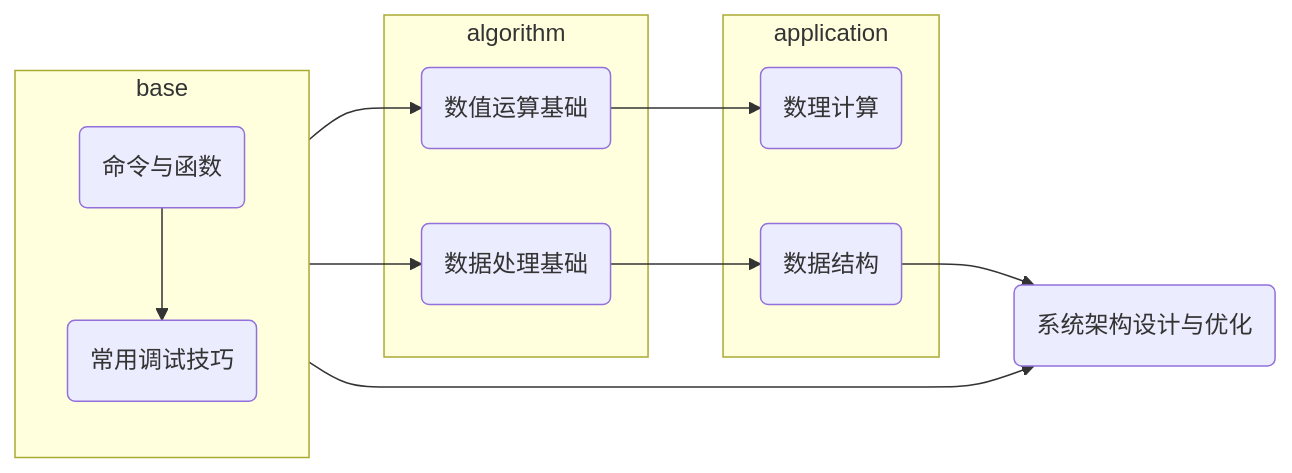
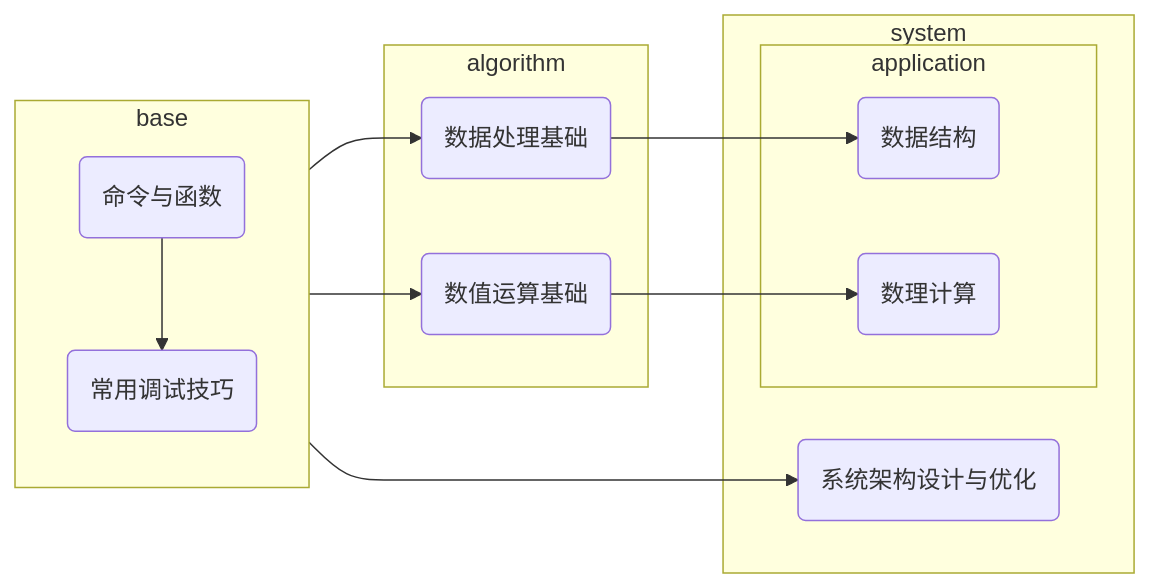
One commit to xiaodou8593/Xiaodou-sTheory changed the first of 5 diagrams in xiaodou123's theory.md. Above: the diagram before and after it, drawn with Mermaid.

Commit message:
modified:   xiaodou123's theory.md

````diff
--- a/xiaodou123's theory.md
+++ b/xiaodou123's theory.md
@@ -57,21 +57,22 @@
 ```mermaid
 flowchart LR
     subgraph base
     a1("命令与函数")-->a2("常用调试技巧")
     end
     subgraph algorithm
     b1("数值运算基础")
     b2("数据处理基础")
     end
-    subgraph application
-    c1("数理计算")
-    c2("数据结构")
+    subgraph system
+        d("系统架构设计与优化")
+        subgraph application
+        c2("数据结构")
+        c1("数理计算")
+        end
     end
     base --> b1
     base --> b2
     b1-->c1
     b2-->c2
-    d("系统架构设计与优化")
     base-->d
-    c2-->d
 ```
````
